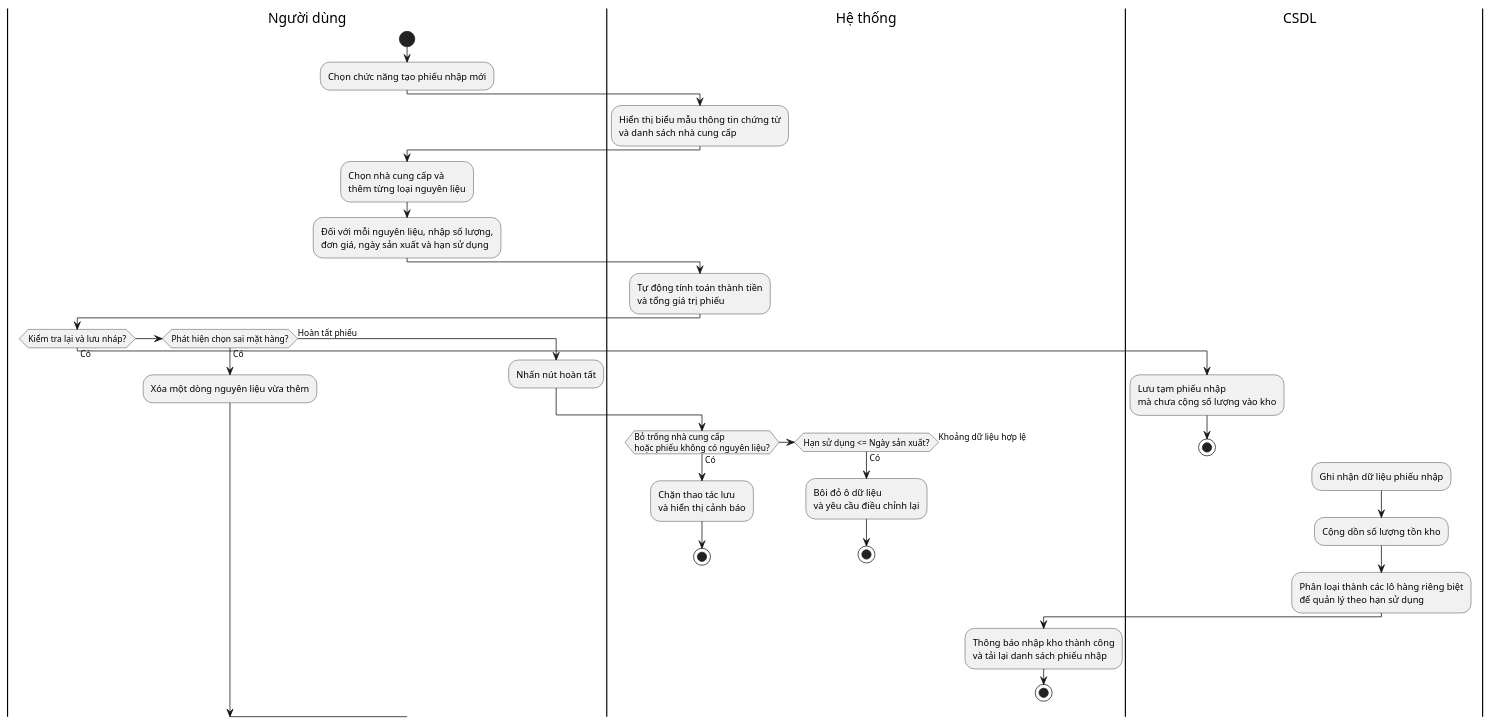
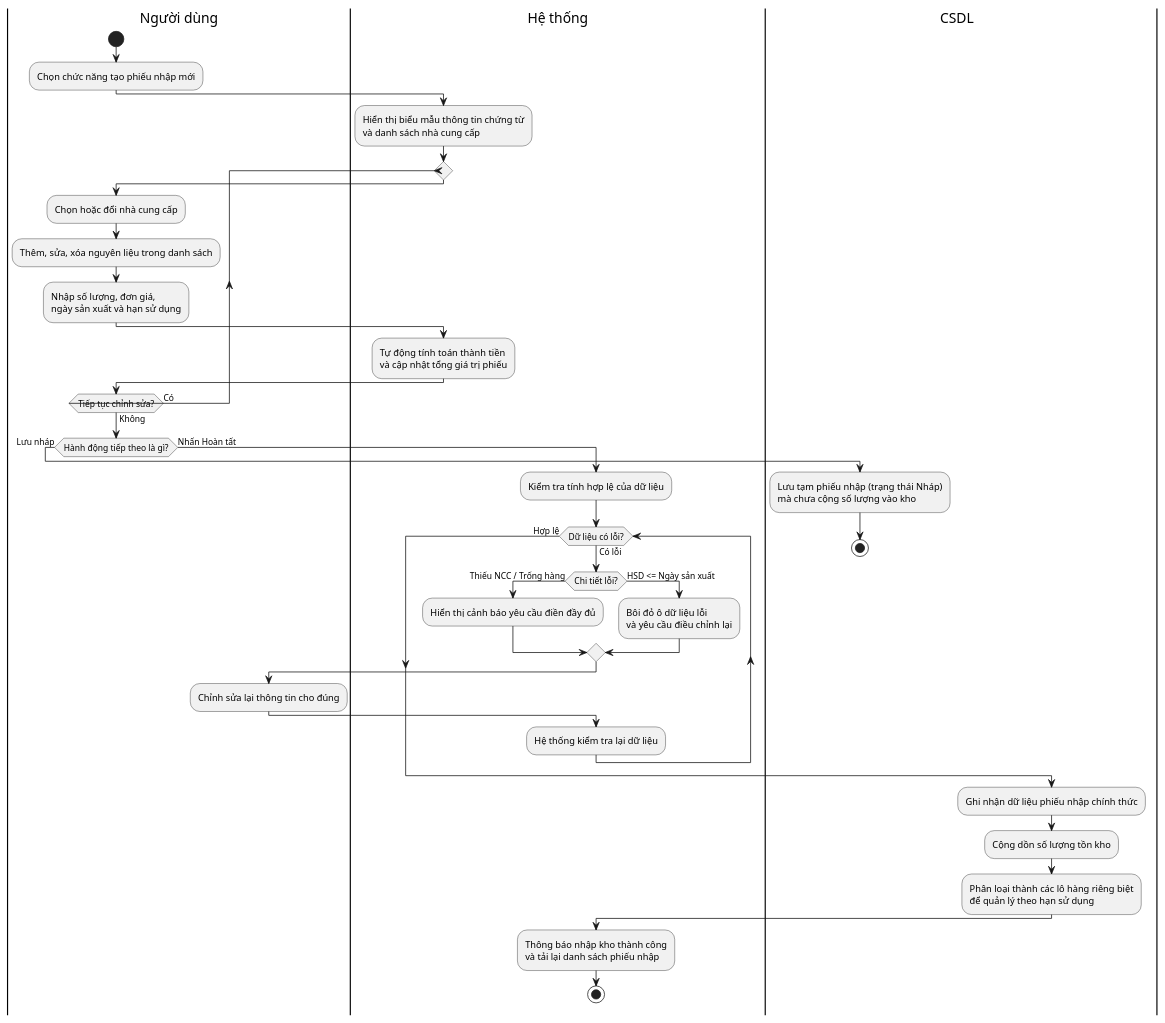
One commit to lancelotviendangkhoa710/IS-System-Development changed the diagram in activity_diagrams/25_LapPhieuNhapKho.puml. Above: the diagram before and after it, drawn with PlantUML. The commit also changed 45 other files, not shown here.

```diff
--- a/activity_diagrams/25_LapPhieuNhapKho.puml
+++ b/activity_diagrams/25_LapPhieuNhapKho.puml
@@ -1,50 +1,61 @@
 @startuml
 skinparam ranksep 80
 skinparam swimlaneWidth 140
 skinparam shadowing false
 skinparam ActivityShape rounded
 skinparam linetype ortho
 
 |Người dùng|
 |Hệ thống|
 |CSDL|
 
 |Người dùng|
 start
 :Chọn chức năng tạo phiếu nhập mới;
 |Hệ thống|
 :Hiển thị biểu mẫu thông tin chứng từ\nvà danh sách nhà cung cấp;
+
+repeat
+  |Người dùng|
+  :Chọn hoặc đổi nhà cung cấp;
+  :Thêm, sửa, xóa nguyên liệu trong danh sách;
+  :Nhập số lượng, đơn giá,\nngày sản xuất và hạn sử dụng;
+  
+  |Hệ thống|
+  :Tự động tính toán thành tiền\nvà cập nhật tổng giá trị phiếu;
+  
 |Người dùng|
-:Chọn nhà cung cấp và\nthêm từng loại nguyên liệu;
-:Đối với mỗi nguyên liệu, nhập số lượng,\nđơn giá, ngày sản xuất và hạn sử dụng;
-|Hệ thống|
-:Tự động tính toán thành tiền\nvà tổng giá trị phiếu;
-|Người dùng|
-if (Kiểm tra lại và lưu nháp?) then (Có)
+repeat while (Tiếp tục chỉnh sửa?) is (Có) not (Không)
+
+if (Hành động tiếp theo là gì?) then (Lưu nháp)
   |CSDL|
-  :Lưu tạm phiếu nhập\nmà chưa cộng số lượng vào kho;
+  :Lưu tạm phiếu nhập (trạng thái Nháp)\nmà chưa cộng số lượng vào kho;
   stop
-elseif (Phát hiện chọn sai mặt hàng?) then (Có)
-  |Người dùng|
-  :Xóa một dòng nguyên liệu vừa thêm;
-else (Hoàn tất phiếu)
-  |Người dùng|
-  :Nhấn nút hoàn tất;
+else (Nhấn Hoàn tất)
   |Hệ thống|
-  if (Bỏ trống nhà cung cấp\nhoặc phiếu không có nguyên liệu?) then (Có)
-    :Chặn thao tác lưu\nvà hiển thị cảnh báo;
-    stop
-  elseif (Hạn sử dụng <= Ngày sản xuất?) then (Có)
-    :Bôi đỏ ô dữ liệu\nvà yêu cầu điều chỉnh lại;
-    stop
-  else (Khoảng dữ liệu hợp lệ)
-    |CSDL|
-    :Ghi nhận dữ liệu phiếu nhập;
-    :Cộng dồn số lượng tồn kho;
-    :Phân loại thành các lô hàng riêng biệt\nđể quản lý theo hạn sử dụng;
+  :Kiểm tra tính hợp lệ của dữ liệu;
+  
+  while (Dữ liệu có lỗi?) is (Có lỗi)
+    if (Chi tiết lỗi?) then (Thiếu NCC / Trống hàng)
+      :Hiển thị cảnh báo yêu cầu điền đầy đủ;
+    else (HSD <= Ngày sản xuất)
+      :Bôi đỏ ô dữ liệu lỗi\nvà yêu cầu điều chỉnh lại;
+    endif
+    
+    |Người dùng|
+    :Chỉnh sửa lại thông tin cho đúng;
+    
     |Hệ thống|
-    :Thông báo nhập kho thành công\nvà tải lại danh sách phiếu nhập;
-    stop
-  endif
+    :Hệ thống kiểm tra lại dữ liệu;
+  endwhile (Hợp lệ)
+  
+  |CSDL|
+  :Ghi nhận dữ liệu phiếu nhập chính thức;
+  :Cộng dồn số lượng tồn kho;
+  :Phân loại thành các lô hàng riêng biệt\nđể quản lý theo hạn sử dụng;
+  
+  |Hệ thống|
+  :Thông báo nhập kho thành công\nvà tải lại danh sách phiếu nhập;
+  stop
 endif
 @enduml
```
